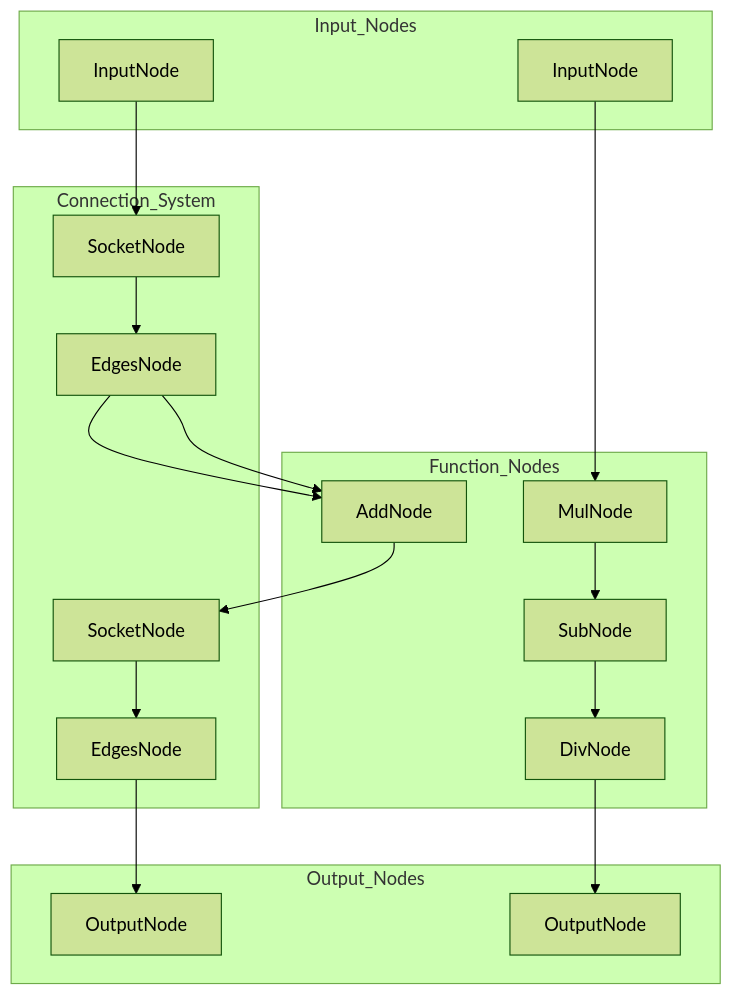
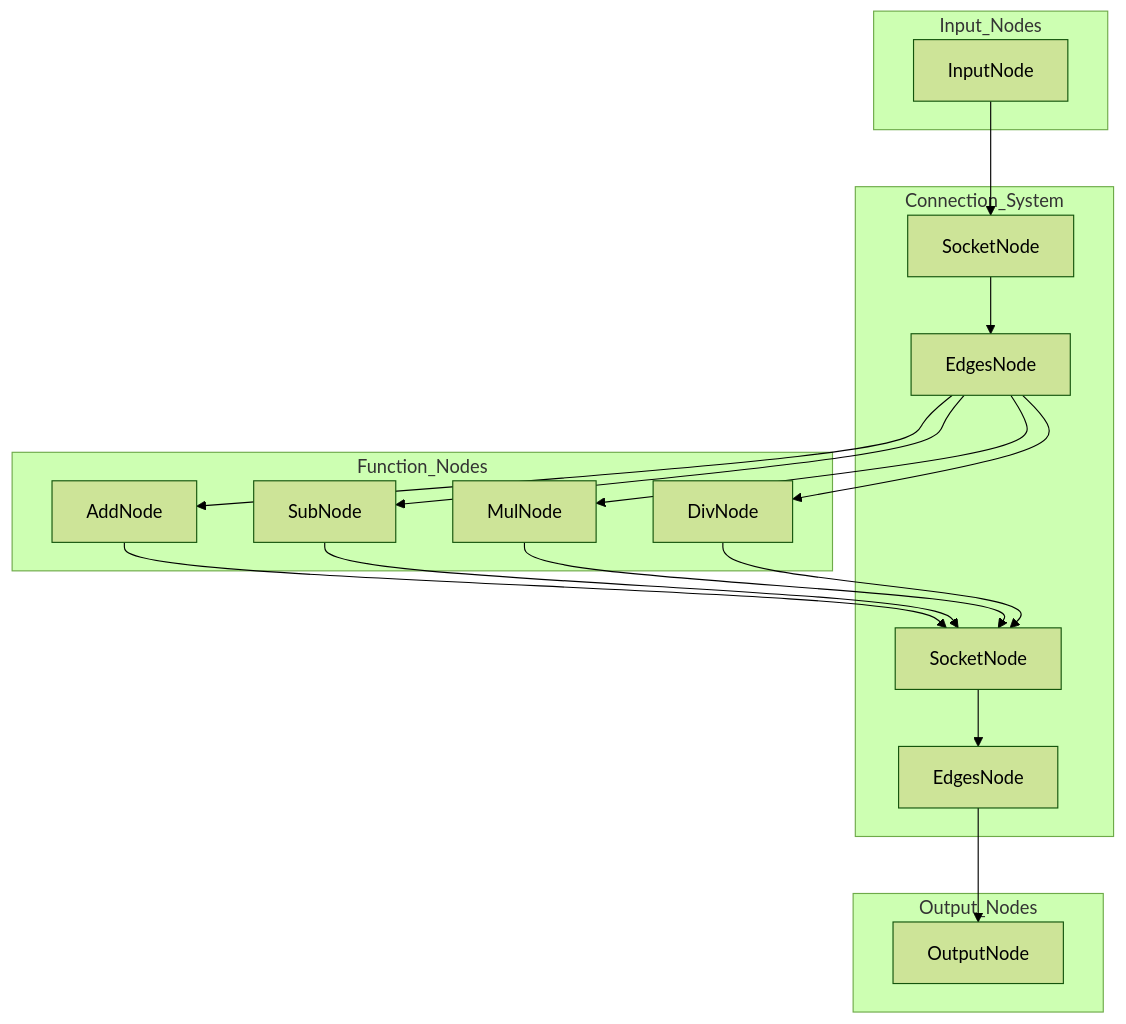
Before and after one commit to Ruhaan838/DiverseXEngine: the second of 2 diagrams in README.md, drawn with Mermaid (forest theme).

````diff
--- a/README.md
+++ b/README.md
@@ -107,31 +107,37 @@
 ```mermaid
 graph TD
   subgraph Input_Nodes
     in1[InputNode]
-    in2[InputNode]
   end
 
   subgraph Connection_System
     sock1[SocketNode]
     edge1[EdgesNode]
     sock2[SocketNode]
     edge2[EdgesNode]
   end
 
   subgraph Function_Nodes
     add[AddNode]
     mul[MulNode]
     sub[SubNode]
     div[DivNode]
   end
 
   subgraph Output_Nodes
     out1[OutputNode]
-    out2[OutputNode]
   end
 
-  in1 --> sock1 --> edge1 --> add
-  in2 --> mul --> sub --> div --> out2
-  edge1 --> add
-  add --> sock2 --> edge2 --> out1
+in1-->sock1-->edge1
+edge1-->add-->sock2
+edge1-->sub-->sock2
+edge1-->mul-->sock2
+edge1-->div-->sock2
+
+sock2-->edge2-->out1
+
+
+
+
+  
 ```
````
